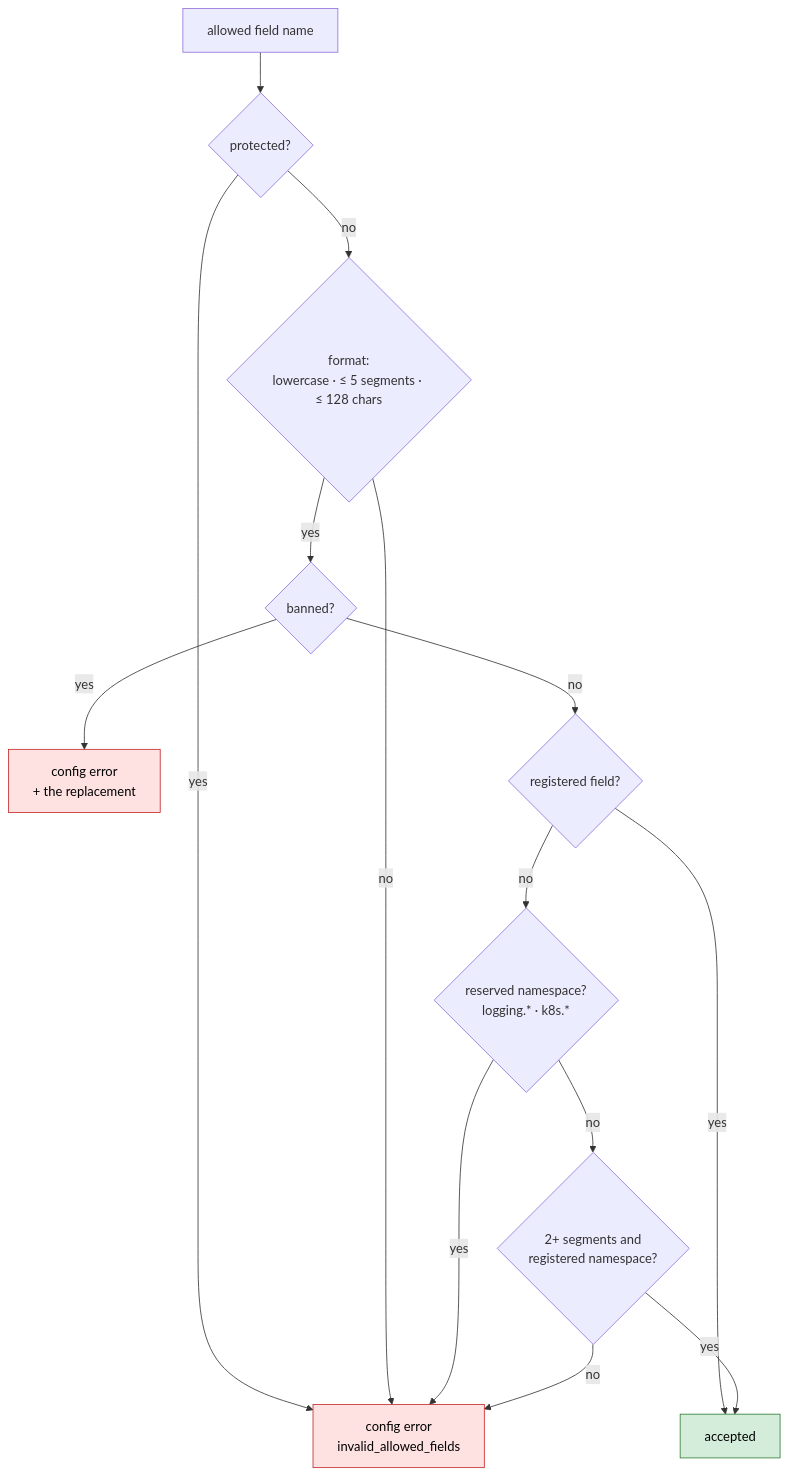
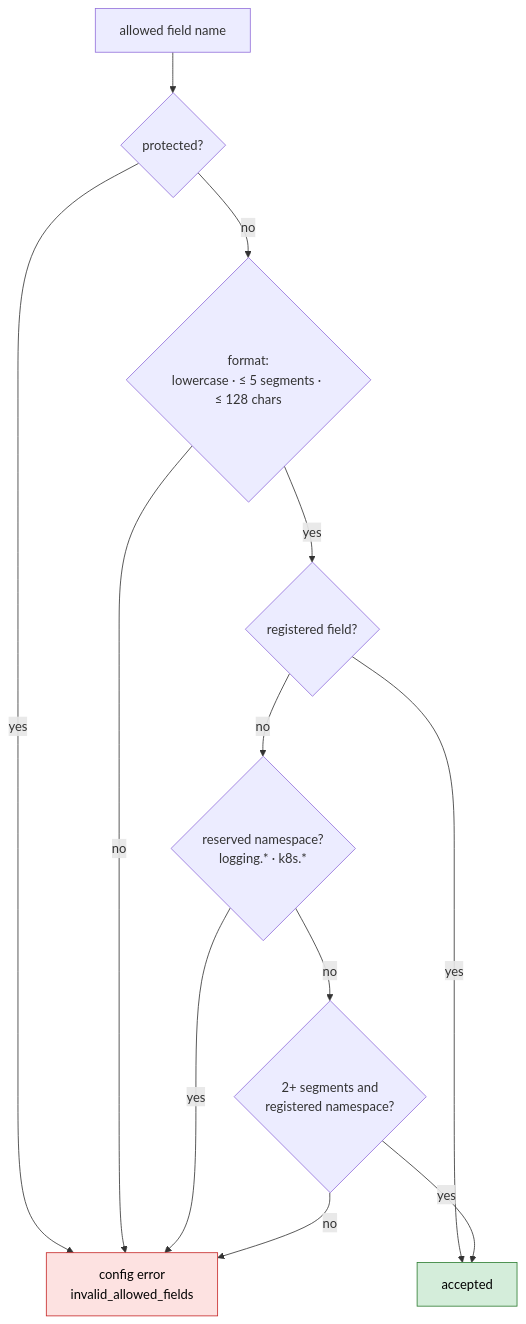
One commit to onenexus-team/onenexus-sdks changed the seventh of 8 diagrams in docs/logging.md. Above: the diagram before and after it, drawn with Mermaid. The commit also changed other lines of this file and 18 other files, not shown here.

````diff
--- a/docs/logging.md
+++ b/docs/logging.md
@@ -245,18 +245,16 @@
 ```mermaid
 flowchart TD
     A["allowed field name"] --> P{"protected?"}
     P -->|yes| X["config error<br/>invalid_allowed_fields"]:::bad
     P -->|no| F{"format:<br/>lowercase · ≤ 5 segments · ≤ 128 chars"}
     F -->|no| X
-    F -->|yes| B{"banned?"}
-    B -->|yes| XB["config error<br/>+ the replacement"]:::bad
-    B -->|no| R{"registered field?"}
+    F -->|yes| R{"registered field?"}
     R -->|yes| OK["accepted"]:::ok
     R -->|no| RS{"reserved namespace?<br/>logging.* · k8s.*"}
     RS -->|yes| X
     RS -->|no| N{"2+ segments and<br/>registered namespace?"}
     N -->|yes| OK
     N -->|no| X
     classDef ok fill:#d4edda,stroke:#2e7d32,color:#000
     classDef bad fill:#fde2e1,stroke:#c62828,color:#000
 ```
````
